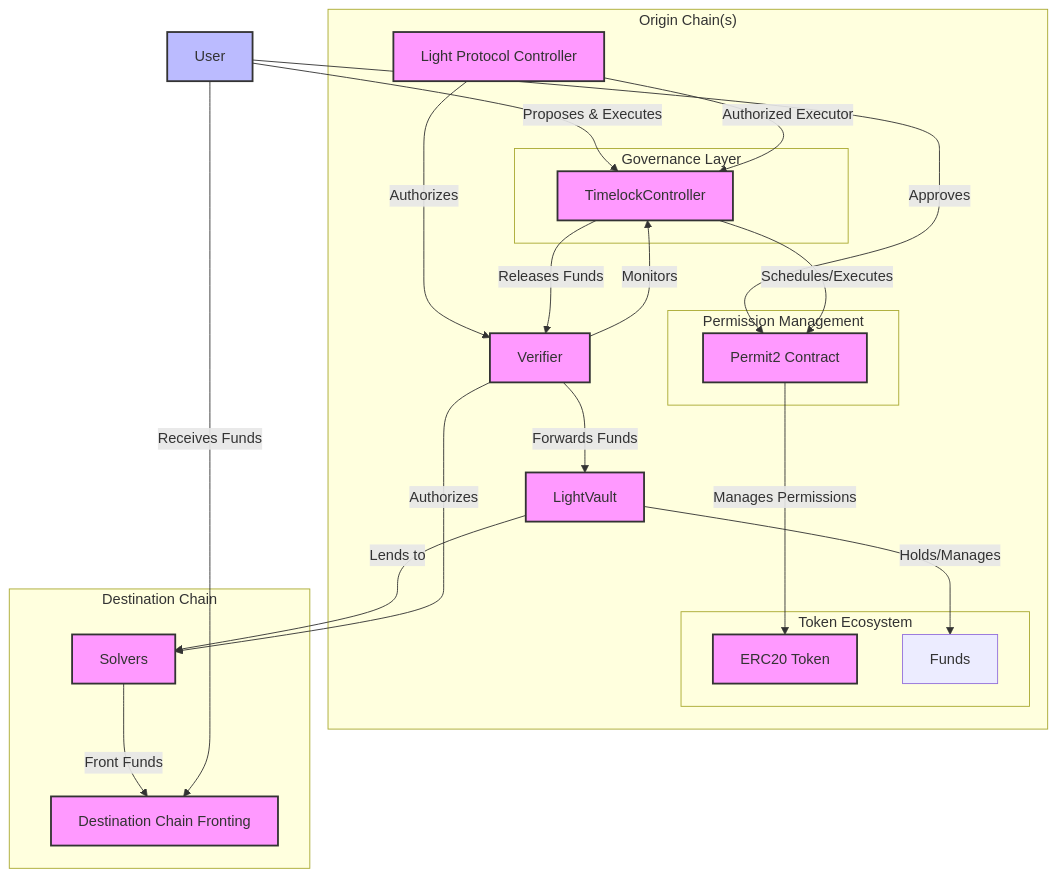
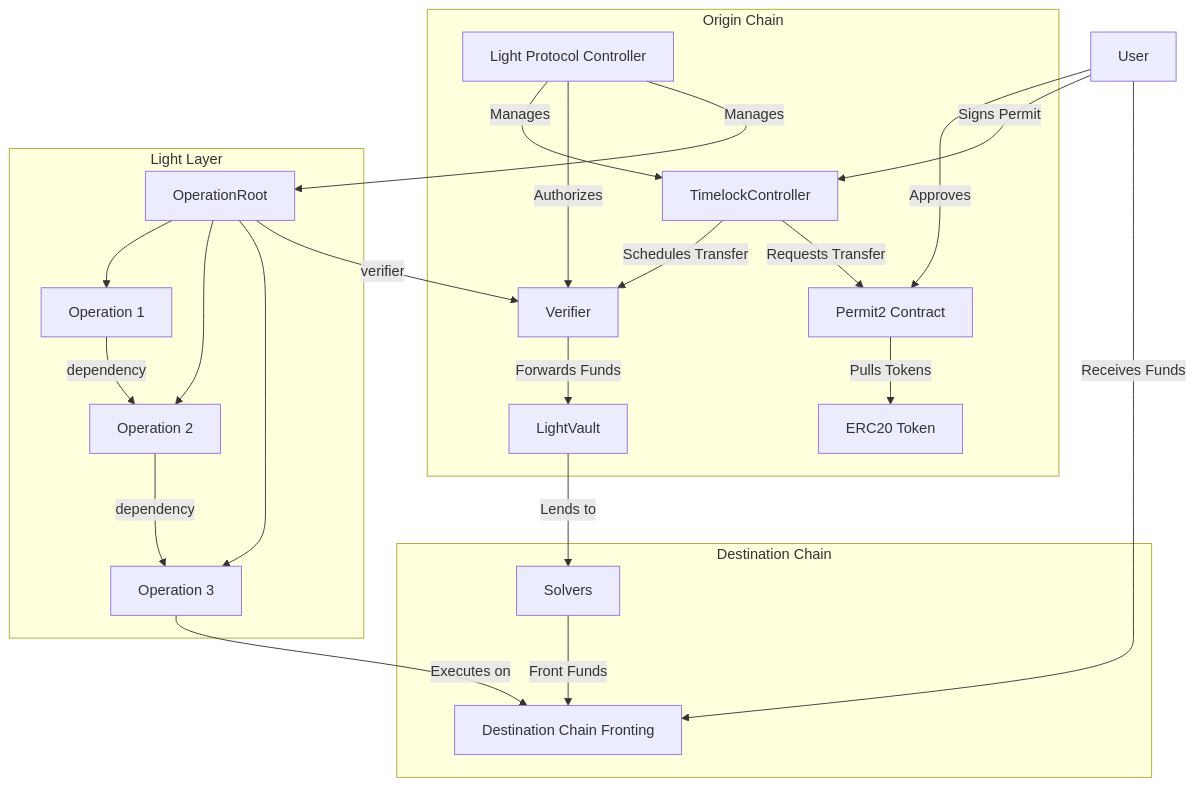
Before and after one commit to LightDotSo/LightDotSo: the diagram in apps/docs/content/contracts/diagram.mdx, drawn with Mermaid.

````diff
--- a/apps/docs/content/contracts/diagram.mdx
+++ b/apps/docs/content/contracts/diagram.mdx
@@ -6,59 +6,49 @@
 ```mermaid
 graph TD
     User[User] --> |Approves| Permit2[Permit2 Contract]
-    User --> |Proposes & Executes| TimelockController[TimelockController]
+    User --> |Signs Permit| TimelockController[TimelockController]
 
-    TimelockController --> |Schedules/Executes| Permit2
-    Permit2 --> |Manages Permissions| ERC20[ERC20 Token]
+    Permit2 --> |Pulls Tokens| ERC20[ERC20 Token]
 
-    LightProtocolController[Light Protocol Controller] --> |Authorized Executor| TimelockController
-    LightProtocolController --> |Authorizes| Verifier[Verifier]
+    TimelockController --> |Schedules Transfer| Verifier[Verifier]
+    TimelockController --> |Requests Transfer| Permit2
 
-    TimelockController --> |Releases Funds| Verifier
+    LightProtocolController[Light Protocol Controller] --> |Manages| TimelockController
+    LightProtocolController --> |Authorizes| Verifier
+    LightProtocolController --> |Manages| OperationRoot[OperationRoot]
+
     Verifier --> |Forwards Funds| LightVault[LightVault]
 
-    LightVault --> |Holds/Manages| Funds[Funds]
-
-    Verifier --> |Monitors| TimelockController
-
     LightVault --> |Lends to| Solvers[Solvers]
-
-    Verifier --> |Authorizes| Solvers
 
     Solvers --> |Front Funds| DestinationChainFronting[Destination Chain Fronting]
 
     User --> |Receives Funds| DestinationChainFronting
 
-    subgraph "Origin Chain(s)"
-        subgraph "Token Ecosystem"
-            ERC20
-            Funds
-        end
-
-        subgraph "Permission Management"
-            Permit2
-        end
-
-        subgraph "Governance Layer"
-            TimelockController
-        end
-
+    subgraph "Origin Chain"
+        ERC20
+        Permit2
+        TimelockController
+        Verifier
         LightVault
         LightProtocolController
-        Verifier
+    end
+
+    subgraph "Light Layer"
+        OperationRoot --> Operation1[Operation 1]
+        OperationRoot --> Operation2[Operation 2]
+        OperationRoot --> Operation3[Operation 3]
+
+        Operation1 --> |dependency| Operation2
+        Operation2 --> |dependency| Operation3
+
+        OperationRoot --> |verifier| Verifier
     end
 
     subgraph "Destination Chain"
         DestinationChainFronting
         Solvers
     end
 
-    classDef contract fill:#f9f,stroke:#333,stroke-width:2px;
-    class Permit2,ERC20,TimelockController,LightProtocolController,LightVault,Verifier,DestinationChainFronting,Solvers contract;
-
-    classDef actor fill:#bbf,stroke:#333,stroke-width:2px;
-    class User actor;
-
-    classDef chainBoundary fill:none,stroke:#333,stroke-width:2px,stroke-dasharray: 5 5;
-    class OriginChain,DestinationChain chainBoundary;
+    Operation3 --> |Executes on| DestinationChainFronting
 ```
````
